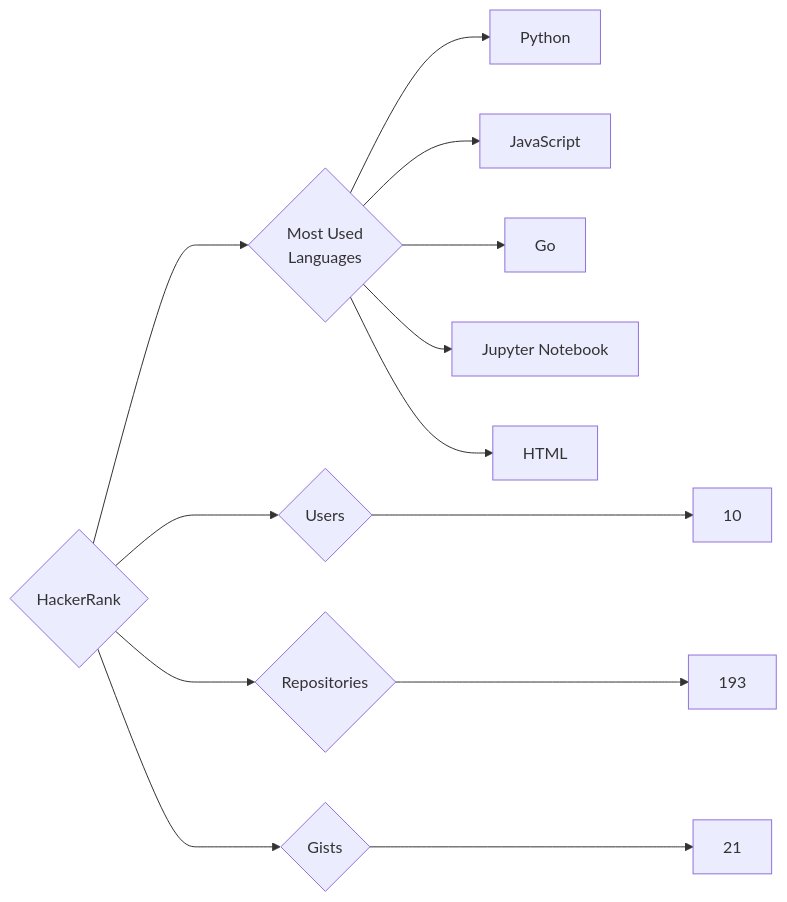
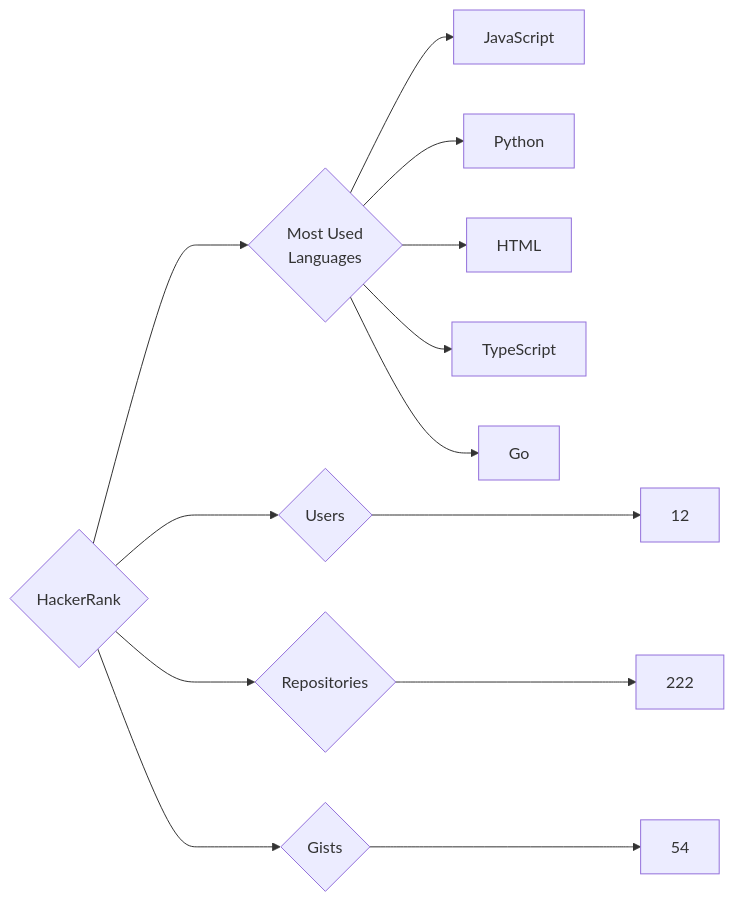
The diagram in targets/HackerRank/README.md (trickest/insiders), drawn with Mermaid before and after one commit. The commit also changed 1175 other files, not shown here.

````diff
--- a/targets/HackerRank/README.md
+++ b/targets/HackerRank/README.md
@@ -3,13 +3,13 @@
 ```mermaid
 graph LR
 COMPANY_NAME{HackerRank}
-COMPANY_NAME ---> U{Users} ---> UN[10]
-COMPANY_NAME ---> R{Repositories} ---> RN[193]
-COMPANY_NAME ---> G{Gists} ---> GN[21]
+COMPANY_NAME ---> U{Users} ---> UN[12]
+COMPANY_NAME ---> R{Repositories} ---> RN[222]
+COMPANY_NAME ---> G{Gists} ---> GN[54]
 COMPANY_NAME ---> ML{Most Used<br>Languages}
+ML --> JavaScript[JavaScript]
 ML --> Python[Python]
-ML --> JavaScript[JavaScript]
+ML --> HTML[HTML]
+ML --> TypeScript[TypeScript]
 ML --> Go[Go]
-ML --> Jupyter_Notebook[Jupyter Notebook]
-ML --> HTML[HTML]
 ```
````
